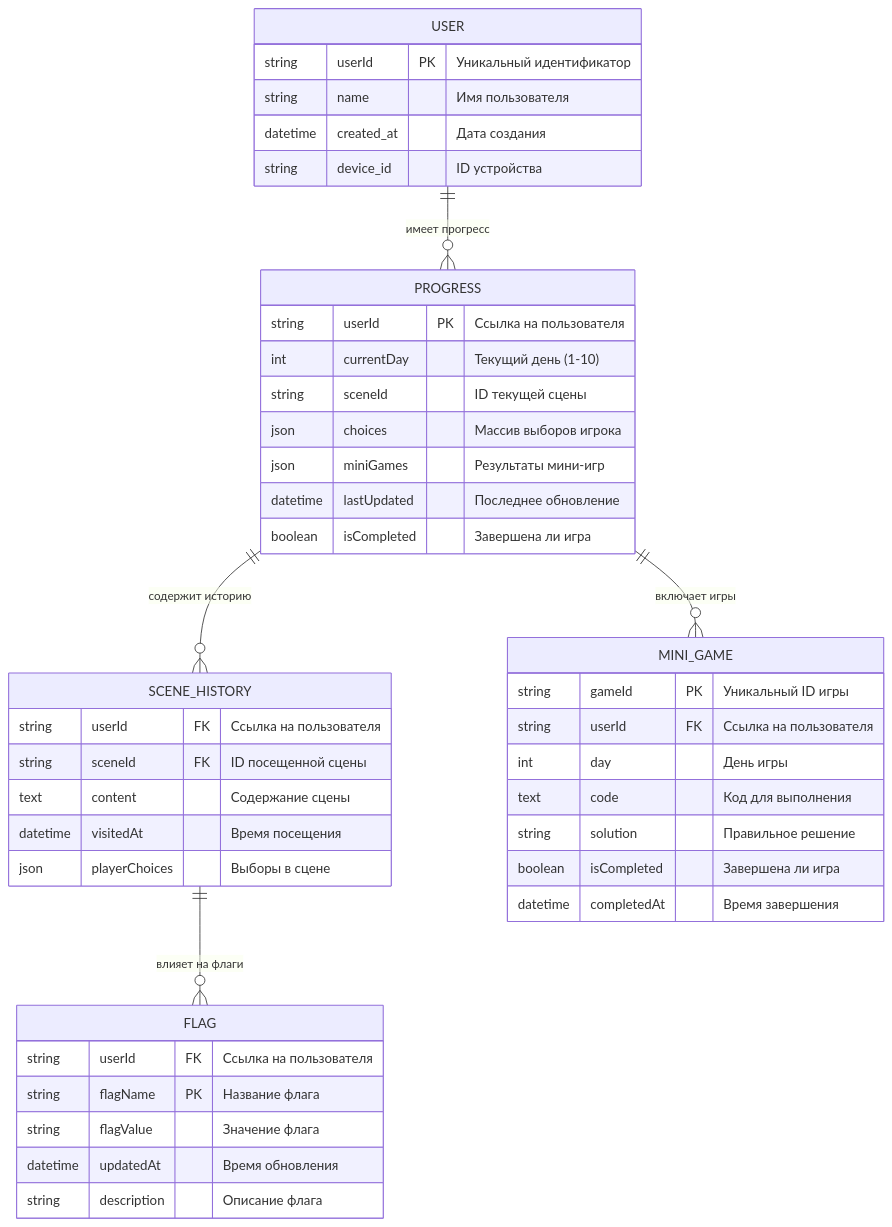
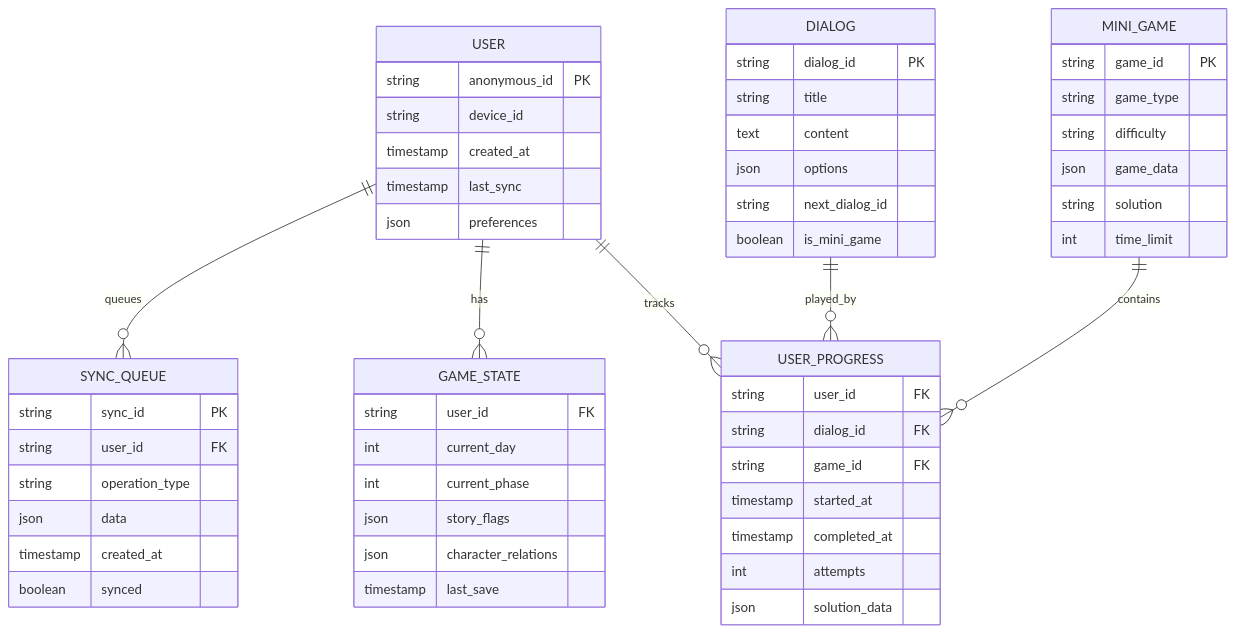
The seventh of 11 diagrams in ALL_DIAGRAMS.md (Angel-Energy/diplom-), drawn with Mermaid before and after one commit. The commit also changed other lines of this file and 247 other files, not shown here.

````diff
--- a/ALL_DIAGRAMS.md
+++ b/ALL_DIAGRAMS.md
@@ -311,50 +276,62 @@
 ```mermaid
 erDiagram
-    USER ||--o{ PROGRESS : "имеет прогресс"
-    PROGRESS ||--o{ SCENE_HISTORY : "содержит историю"
-    SCENE_HISTORY ||--o{ FLAG : "влияет на флаги"
-    PROGRESS ||--o{ MINI_GAME : "включает игры"
-    
     USER {
-        string userId PK "Уникальный идентификатор"
-        string name "Имя пользователя"
-        datetime created_at "Дата создания"
-        string device_id "ID устройства"
+        string anonymous_id PK
+        string device_id
+        timestamp created_at
+        timestamp last_sync
+        json preferences
     }
     
-    PROGRESS {
-        string userId PK "Ссылка на пользователя"
-        int currentDay "Текущий день (1-10)"
-        string sceneId "ID текущей сцены"
-        json choices "Массив выборов игрока"
-        json miniGames "Результаты мини-игр"
-        datetime lastUpdated "Последнее обновление"
-        boolean isCompleted "Завершена ли игра"
+    GAME_STATE {
+        string user_id FK
+        int current_day
+        int current_phase
+        json story_flags
+        json character_relations
+        timestamp last_save
     }
     
-    SCENE_HISTORY {
-        string userId FK "Ссылка на пользователя"
-        string sceneId FK "ID посещенной сцены"
-        text content "Содержание сцены"
-        datetime visitedAt "Время посещения"
-        json playerChoices "Выборы в сцене"
-    }
-    
-    FLAG {
-        string userId FK "Ссылка на пользователя"
-        string flagName PK "Название флага"
-        string flagValue "Значение флага"
-        datetime updatedAt "Время обновления"
-        string description "Описание флага"
+    DIALOG {
+        string dialog_id PK
+        string title
+        text content
+        json options
+        string next_dialog_id
+        boolean is_mini_game
     }
     
     MINI_GAME {
-        string gameId PK "Уникальный ID игры"
-        string userId FK "Ссылка на пользователя"
-        int day "День игры"
-        text code "Код для выполнения"
-        string solution "Правильное решение"
-        boolean isCompleted "Завершена ли игра"
-        datetime completedAt "Время завершения"
+        string game_id PK
+        string game_type
+        string difficulty
+        json game_data
+        string solution
+        int time_limit
     }
+    
+    USER_PROGRESS {
+        string user_id FK
+        string dialog_id FK
+        string game_id FK
+        timestamp started_at
+        timestamp completed_at
+        int attempts
+        json solution_data
+    }
+    
+    SYNC_QUEUE {
+        string sync_id PK
+        string user_id FK
+        string operation_type
+        json data
+        timestamp created_at
+        boolean synced
+    }
+    
+    USER ||--o{ GAME_STATE : has
+    USER ||--o{ USER_PROGRESS : tracks
+    DIALOG ||--o{ USER_PROGRESS : played_by
+    MINI_GAME ||--o{ USER_PROGRESS : contains
+    USER ||--o{ SYNC_QUEUE : queues
 ```
````
